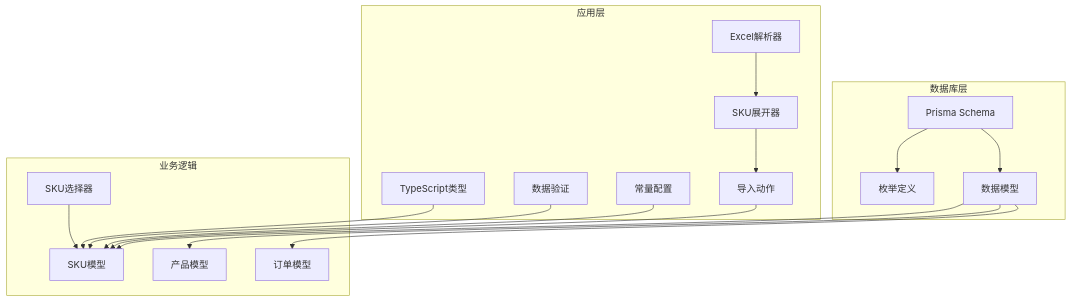
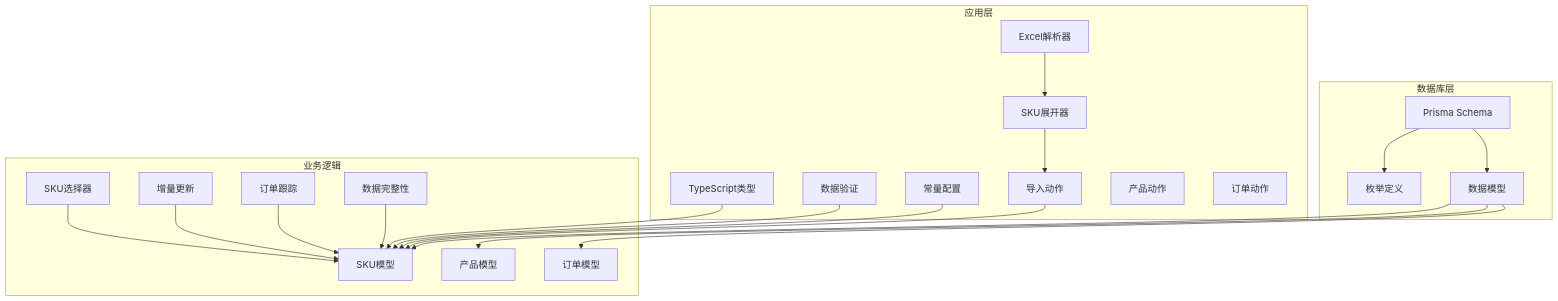
The first of 11 diagrams in .qoder/repowiki/zh/content/数据库设计/数据模型定义/商品SKU模型.md (three3638-arch/celestia_2b), drawn with Mermaid before and after one commit. The commit also changed other lines of this file and 4 other files, not shown here.

````diff
--- a/.qoder/repowiki/zh/content/数据库设计/数据模型定义/商品SKU模型.md
+++ b/.qoder/repowiki/zh/content/数据库设计/数据模型定义/商品SKU模型.md
@@ -48,34 +52,42 @@
 ```mermaid
 graph TB
 subgraph "数据库层"
 PRISMA[Prisma Schema]
 ENUMS[枚举定义]
 MODELS[数据模型]
 end
 subgraph "应用层"
 TYPES[TypeScript类型]
 VALIDATIONS[数据验证]
 CONSTANTS[常量配置]
 EXCEL_PARSER[Excel解析器]
 SKU_EXPANDER[SKU展开器]
 IMPORT_ACTIONS[导入动作]
+PRODUCT_ACTIONS[产品动作]
+ORDER_ACTIONS[订单动作]
 end
 subgraph "业务逻辑"
 SKU_MODEL[SKU模型]
 PRODUCT_MODEL[产品模型]
 ORDER_MODEL[订单模型]
 FRONTEND_SELECTOR[SKU选择器]
+INCREMENTAL_UPDATE[增量更新]
+ORDER_TRACKING[订单跟踪]
+DATA_INTEGRITY[数据完整性]
 end
 PRISMA --> ENUMS
 PRISMA --> MODELS
 TYPES --> SKU_MODEL
 VALIDATIONS --> SKU_MODEL
 CONSTANTS --> SKU_MODEL
 EXCEL_PARSER --> SKU_EXPANDER
 SKU_EXPANDER --> IMPORT_ACTIONS
 IMPORT_ACTIONS --> SKU_MODEL
 MODELS --> SKU_MODEL
 MODELS --> PRODUCT_MODEL
 MODELS --> ORDER_MODEL
 FRONTEND_SELECTOR --> SKU_MODEL
+INCREMENTAL_UPDATE --> SKU_MODEL
+ORDER_TRACKING --> SKU_MODEL
+DATA_INTEGRITY --> SKU_MODEL
 ```
````
